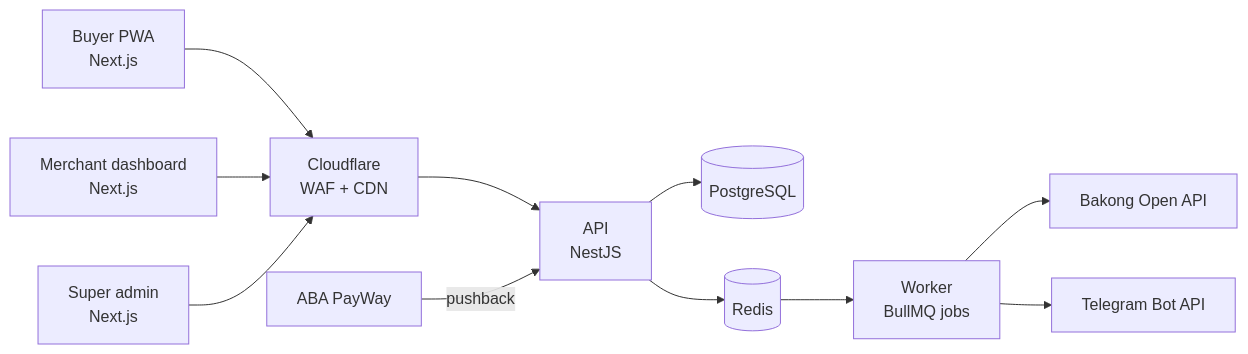
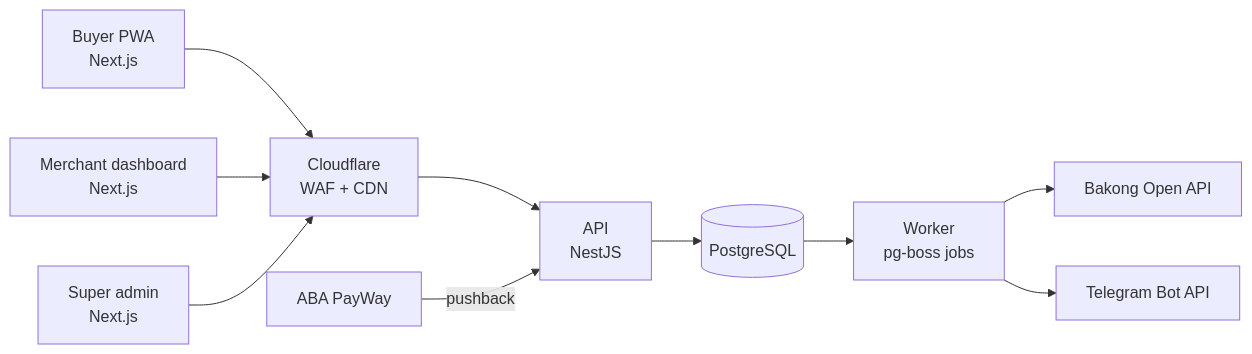
Before and after one commit to chetracloud01/khmer-micro-store: the first of 4 diagrams in docs/blueprint.md, drawn with Mermaid. The commit also changed other lines of this file and 26 other files, not shown here.

First line of the commit message:
feat: backend foundations (roadmap step 1) with pg-boss worker

````diff
--- a/docs/blueprint.md
+++ b/docs/blueprint.md
@@ -90,13 +90,12 @@
 ```mermaid
 flowchart LR
   B[Buyer PWA<br/>Next.js] --> CF[Cloudflare<br/>WAF + CDN]
   M[Merchant dashboard<br/>Next.js] --> CF
   A[Super admin<br/>Next.js] --> CF
   CF --> API[API<br/>NestJS]
   API --> DB[(PostgreSQL)]
-  API --> R[(Redis)]
-  R --> W[Worker<br/>BullMQ jobs]
+  DB --> W[Worker<br/>pg-boss jobs]
   W --> BK[Bakong Open API]
   PW[ABA PayWay] -- pushback --> API
   W --> TG[Telegram Bot API]
 ```
````
